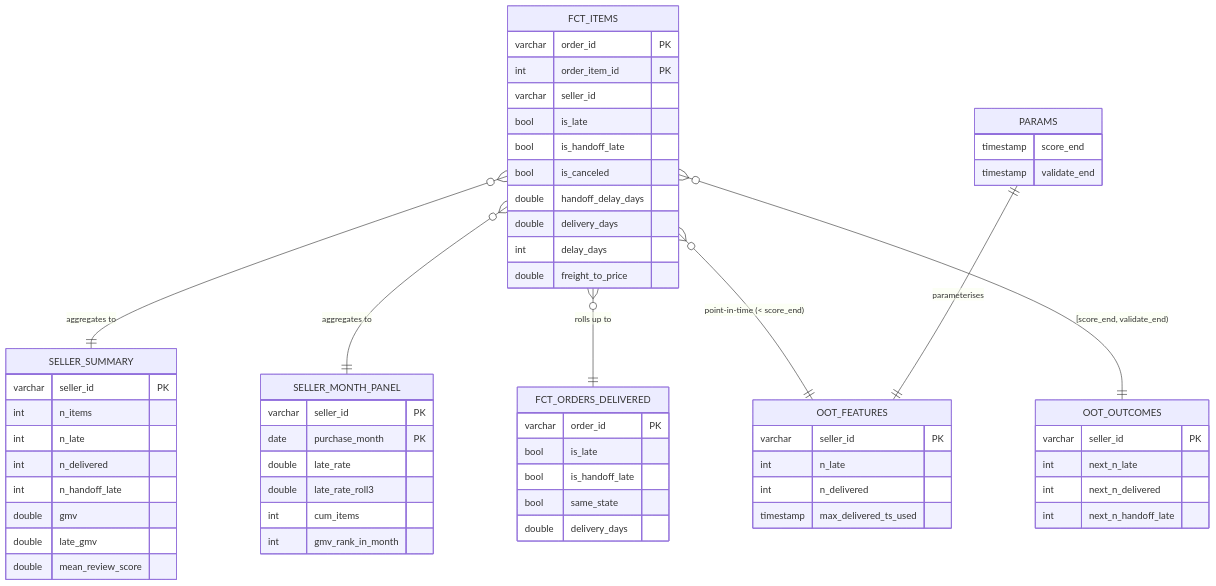
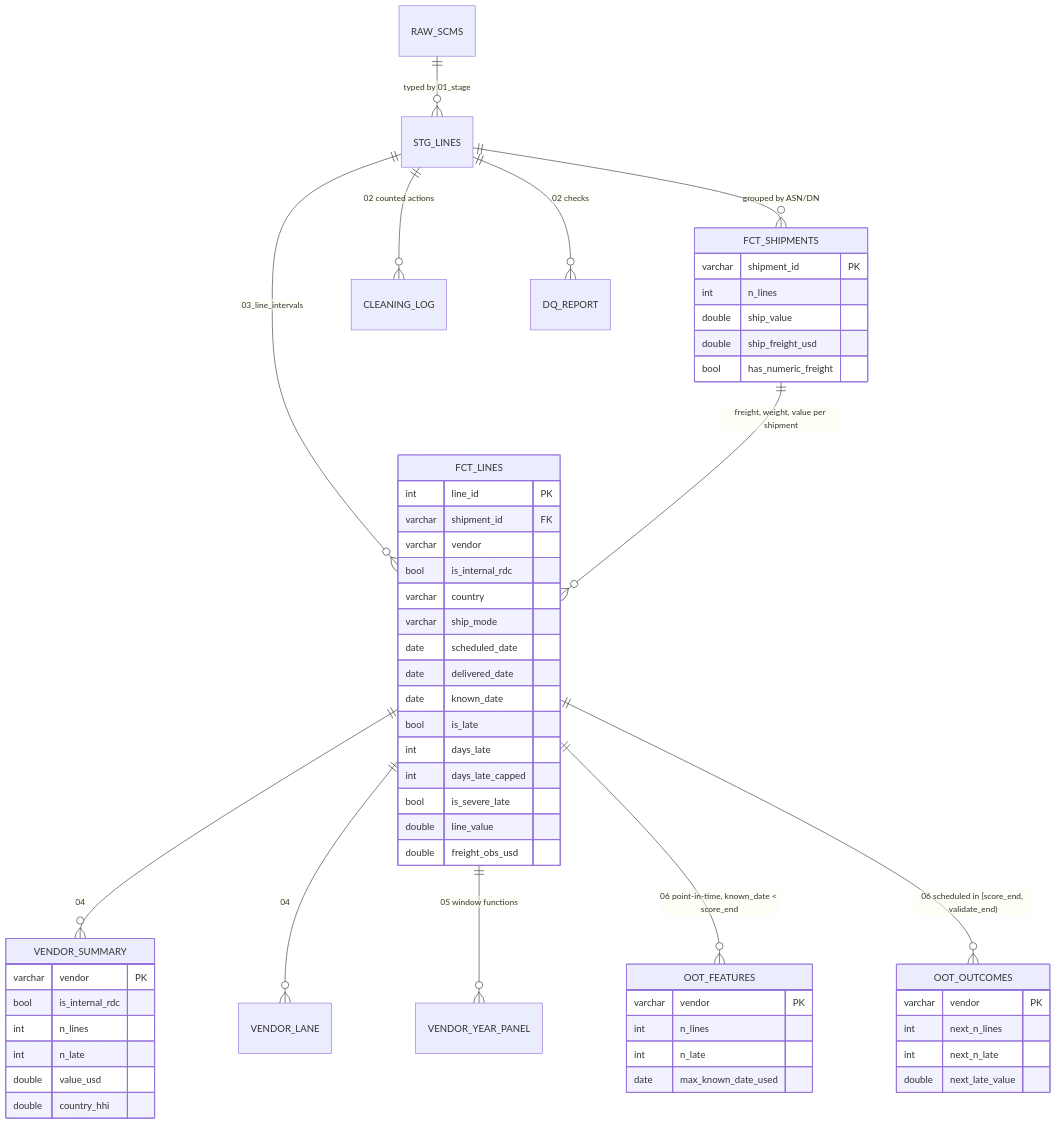
Before and after one commit to Abhi237/supplier-risk-scoring: the diagram in docs/data_model.md, drawn with Mermaid. The commit also changed other lines of this file and 10 other files, not shown here.

Commit message:
docs: README, memo PDF, data dictionary, data model, architecture, executed notebooks (generated from pipeline outputs)

````diff
--- a/docs/data_model.md
+++ b/docs/data_model.md
@@ -22,17 +5,20 @@
 ```mermaid
 erDiagram
-    FCT_ITEMS }o--|| SELLER_SUMMARY : "aggregates to"
-    FCT_ITEMS }o--|| SELLER_MONTH_PANEL : "aggregates to"
-    FCT_ITEMS }o--|| FCT_ORDERS_DELIVERED : "rolls up to"
-    FCT_ITEMS }o--|| OOT_FEATURES : "point-in-time (< score_end)"
-    FCT_ITEMS }o--|| OOT_OUTCOMES : "[score_end, validate_end)"
-    PARAMS ||--|| OOT_FEATURES : parameterises
+    RAW_SCMS ||--o{ STG_LINES : "typed by 01_stage"
+    STG_LINES ||--o{ FCT_LINES : "03_line_intervals"
+    STG_LINES ||--o{ FCT_SHIPMENTS : "grouped by ASN/DN"
+    FCT_SHIPMENTS ||--o{ FCT_LINES : "freight, weight, value per shipment"
+    FCT_LINES ||--o{ VENDOR_SUMMARY : "04"
+    FCT_LINES ||--o{ VENDOR_LANE : "04"
+    FCT_LINES ||--o{ VENDOR_YEAR_PANEL : "05 window functions"
+    FCT_LINES ||--o{ OOT_FEATURES : "06 point-in-time, known_date < score_end"
+    FCT_LINES ||--o{ OOT_OUTCOMES : "06 scheduled in [score_end, validate_end)"
+    STG_LINES ||--o{ CLEANING_LOG : "02 counted actions"
+    STG_LINES ||--o{ DQ_REPORT : "02 checks"
 
-    FCT_ITEMS { varchar order_id PK  int order_item_id PK  varchar seller_id  bool is_late  bool is_handoff_late  bool is_canceled  double handoff_delay_days  double delivery_days  int delay_days  double freight_to_price }
-    SELLER_SUMMARY { varchar seller_id PK  int n_items  int n_late  int n_delivered  int n_handoff_late  double gmv  double late_gmv  double mean_review_score }
-    SELLER_MONTH_PANEL { varchar seller_id PK  date purchase_month PK  double late_rate  double late_rate_roll3  int cum_items  int gmv_rank_in_month }
-    FCT_ORDERS_DELIVERED { varchar order_id PK  bool is_late  bool is_handoff_late  bool same_state  double delivery_days }
-    OOT_FEATURES { varchar seller_id PK  int n_late  int n_delivered  timestamp max_delivered_ts_used }
-    OOT_OUTCOMES { varchar seller_id PK  int next_n_late  int next_n_delivered  int next_n_handoff_late }
-    PARAMS { timestamp score_end  timestamp validate_end }
+    FCT_LINES { int line_id PK  varchar shipment_id FK  varchar vendor  bool is_internal_rdc  varchar country  varchar ship_mode  date scheduled_date  date delivered_date  date known_date  bool is_late  int days_late  int days_late_capped  bool is_severe_late  double line_value  double freight_obs_usd }
+    FCT_SHIPMENTS { varchar shipment_id PK  int n_lines  double ship_value  double ship_freight_usd  bool has_numeric_freight }
+    VENDOR_SUMMARY { varchar vendor PK  bool is_internal_rdc  int n_lines  int n_late  double value_usd  double country_hhi }
+    OOT_FEATURES { varchar vendor PK  int n_lines  int n_late  date max_known_date_used }
+    OOT_OUTCOMES { varchar vendor PK  int next_n_lines  int next_n_late  double next_late_value }
 ```
````
